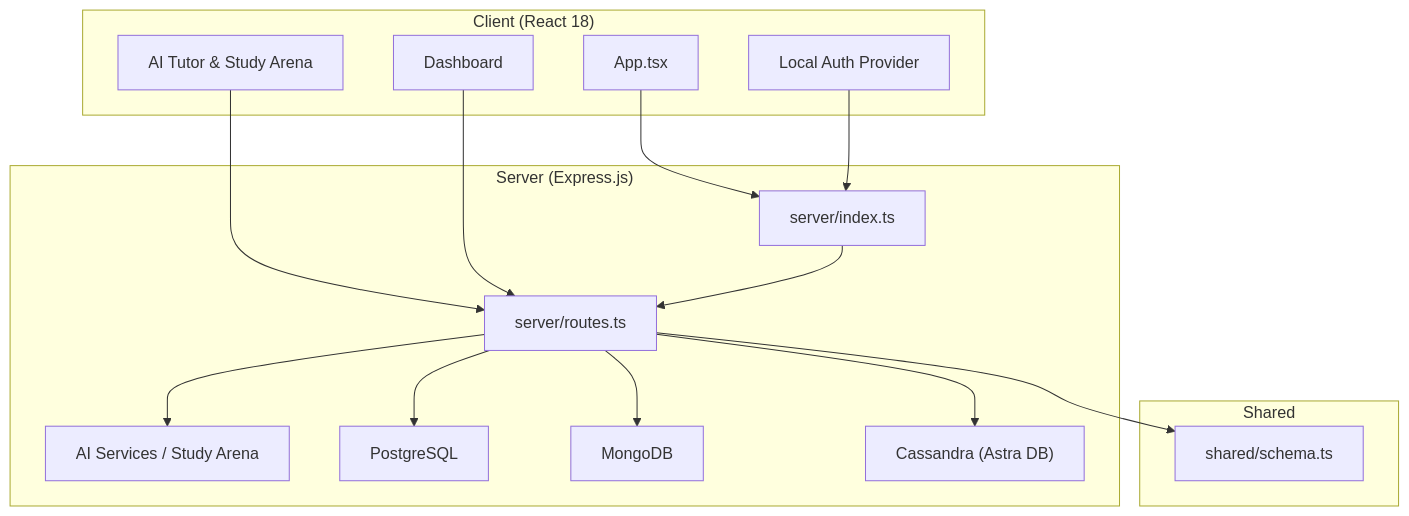
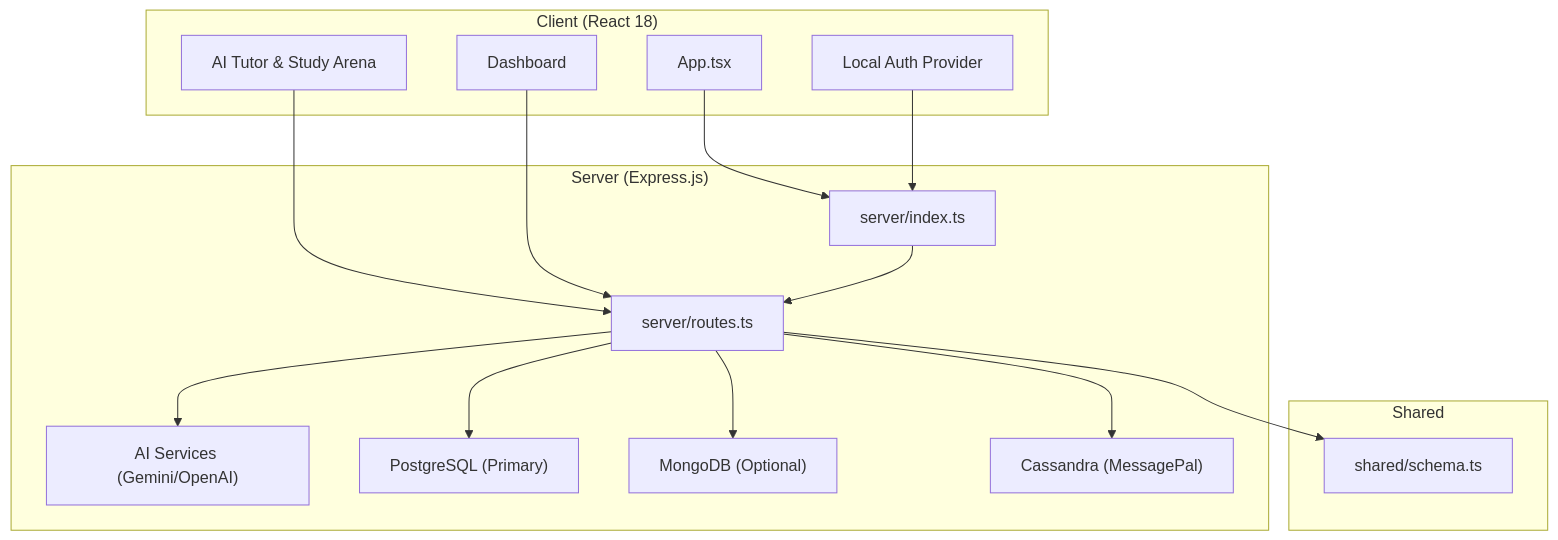
One commit to nitishssh/Class-mode changed the first of 5 diagrams in docs/code-wiki/content/Project Overview.md. Above: the diagram before and after it, drawn with Mermaid. The commit also changed other lines of this file and 18 other files, not shown here.

````diff
--- a/docs/code-wiki/content/Project Overview.md
+++ b/docs/code-wiki/content/Project Overview.md
@@ -47,30 +52,30 @@
 ```mermaid
 graph TB
 subgraph "Client (React 18)"
 C_App["App.tsx"]
 C_Auth["Local Auth Provider"]
 C_AI["AI Tutor & Study Arena"]
 C_Dash["Dashboard"]
 end
 subgraph "Server (Express.js)"
 S_Index["server/index.ts"]
 S_Routes["server/routes.ts"]
-S_AI["AI Services / Study Arena"]
-S_PG["PostgreSQL"]
-S_Mongo["MongoDB"]
-S_Cassandra["Cassandra (Astra DB)"]
+S_AI["AI Services (Gemini/OpenAI)"]
+S_PG["PostgreSQL (Primary)"]
+S_Mongo["MongoDB (Optional)"]
+S_Cassandra["Cassandra (MessagePal)"]
 end
 subgraph "Shared"
 Sh_Schema["shared/schema.ts"]
 end
 C_App --> S_Index
 C_Auth --> S_Index
 C_AI --> S_Routes
 C_Dash --> S_Routes
 S_Index --> S_Routes
 S_Routes --> S_AI
 S_Routes --> S_PG
 S_Routes --> S_Mongo
 S_Routes --> S_Cassandra
 S_Routes --> Sh_Schema
 ```
````
